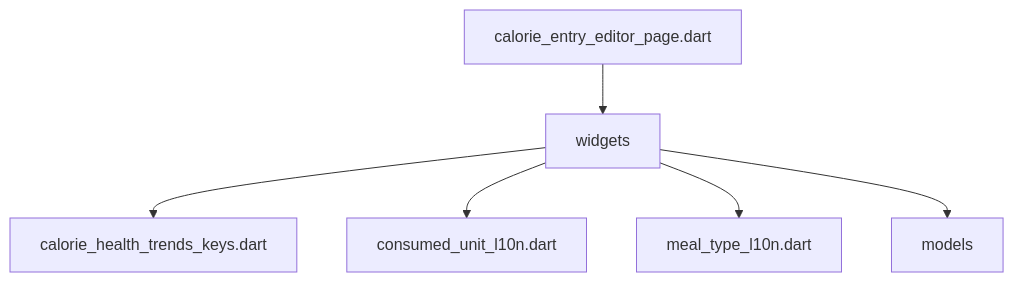
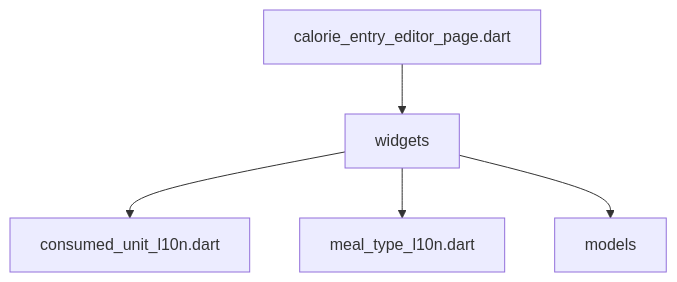
Before and after one commit to repinw/yamt: the diagram in lib/features/calories/presentation/DEPS.md, drawn with Mermaid. The commit also changed 89 other files, not shown here.

````diff
--- a/lib/features/calories/presentation/DEPS.md
+++ b/lib/features/calories/presentation/DEPS.md
@@ -6,8 +6,7 @@
 ```mermaid
 flowchart TD;
 calorie_entry_editor_page.dart-->widgets;
-widgets-->calorie_health_trends_keys.dart;
 widgets-->consumed_unit_l10n.dart;
 widgets-->meal_type_l10n.dart;
 widgets-->models;
 ```
````
